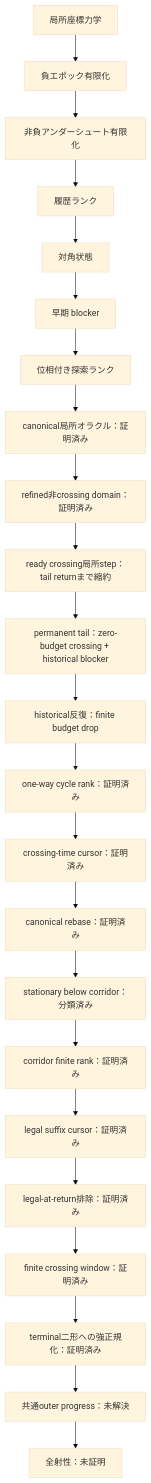
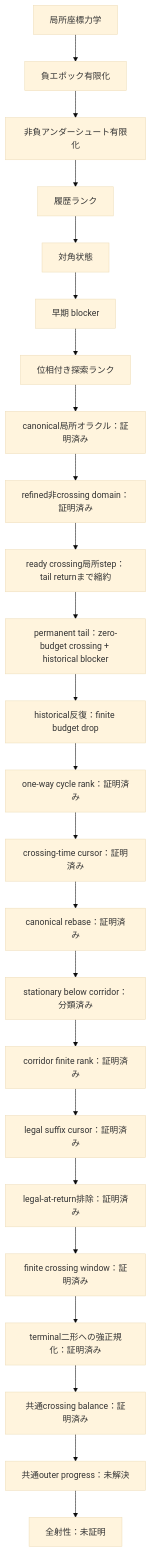
The diagram in README.md (hirokidaichi/recaman-lean-research), drawn with Mermaid (base theme) before and after one commit. The commit also changed other lines of this file and 9 other files, not shown here.

````diff
--- a/README.md
+++ b/README.md
@@ -129,25 +131,26 @@
 ```mermaid
 flowchart TD
     A["局所座標力学"] --> B["負エポック有限化"]
     B --> C["非負アンダーシュート有限化"]
     C --> D["履歴ランク"]
     D --> E["対角状態"]
     E --> F["早期 blocker"]
     F --> G["位相付き探索ランク"]
     G --> H["canonical局所オラクル：証明済み"]
     H --> I["refined非crossing domain：証明済み"]
     I --> J["ready crossing局所step：tail returnまで縮約"]
     J --> K["permanent tail：zero-budget crossing + historical blocker"]
     K --> L["historical反復：finite budget drop"]
     L --> M["one-way cycle rank：証明済み"]
     M --> N["crossing-time cursor：証明済み"]
     N --> O["canonical rebase：証明済み"]
     O --> P["stationary below corridor：分類済み"]
     P --> Q["corridor finite rank：証明済み"]
     Q --> R["legal suffix cursor：証明済み"]
     R --> S["legal-at-return排除：証明済み"]
     S --> T["finite crossing window：証明済み"]
     T --> U["terminal二形への強正規化：証明済み"]
-    U --> V["共通outer progress：未解決"]
-    V --> W["全射性：未証明"]
+    U --> V["共通crossing balance：証明済み"]
+    V --> W["共通outer progress：未解決"]
+    W --> X["全射性：未証明"]
 ```
````
